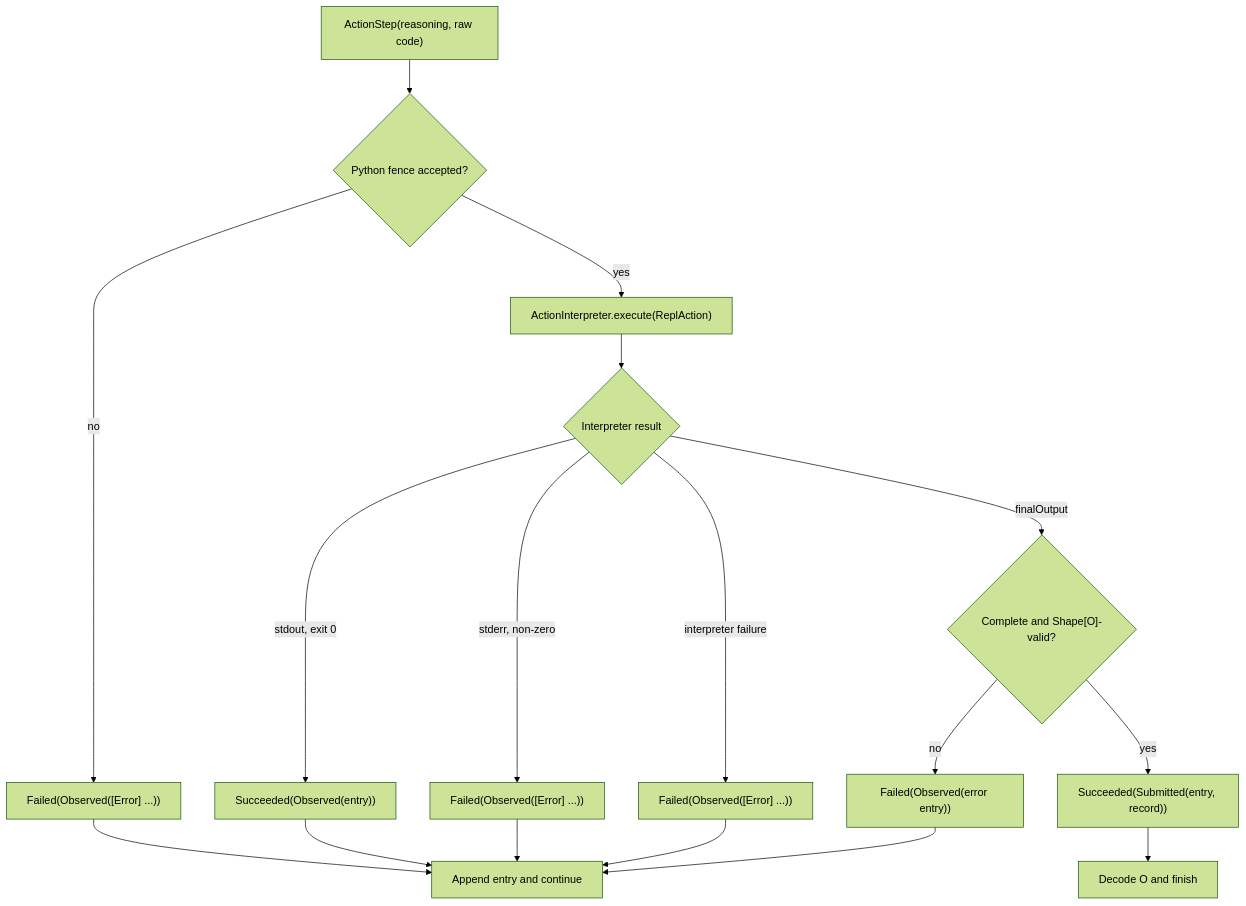
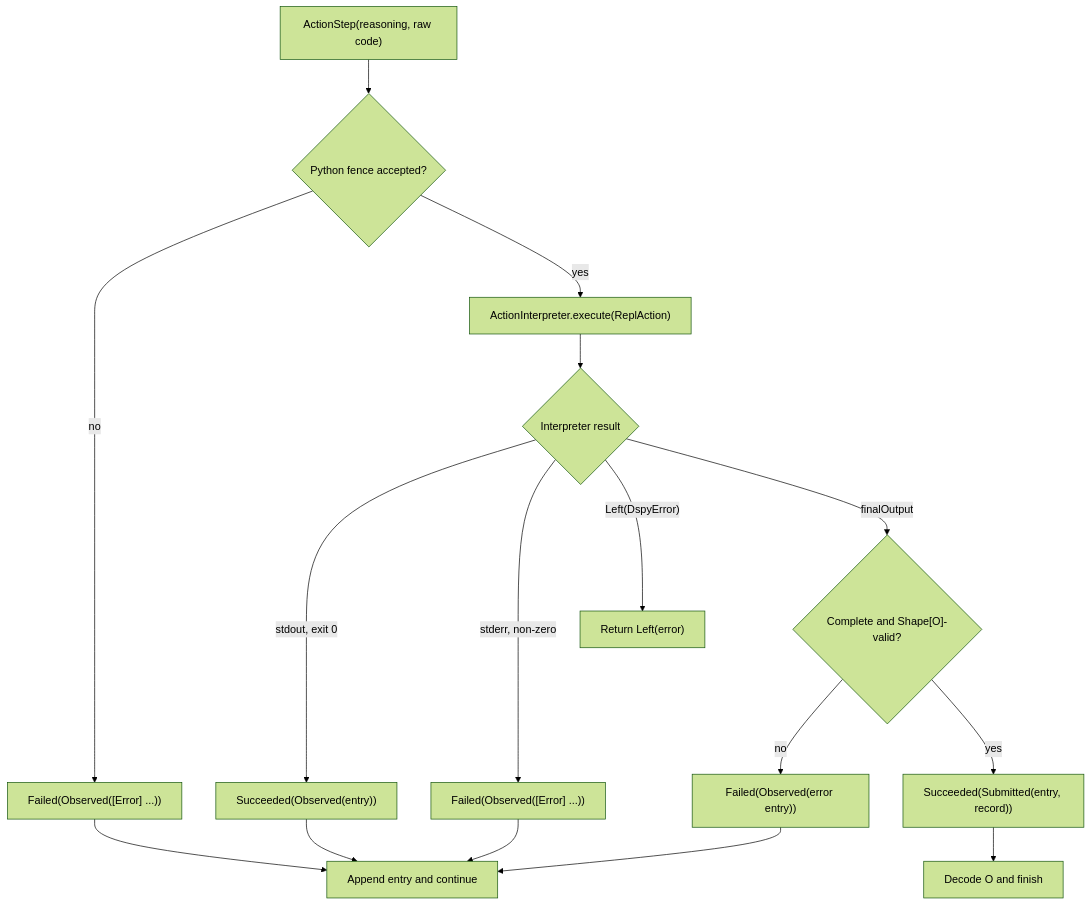
One commit to jpablo/dspy4s changed the third of 6 diagrams in modules/programs/src/main/scala/dspy4s/programs/strategies/RLM.md. Above: the diagram before and after it, drawn with Mermaid (forest theme). The commit also changed other lines of this file and 429 other files, not shown here.

````diff
--- a/modules/programs/src/main/scala/dspy4s/programs/strategies/RLM.md
+++ b/modules/programs/src/main/scala/dspy4s/programs/strategies/RLM.md
@@ -221,21 +226,20 @@
 ```mermaid
 flowchart TD
     action["ActionStep(reasoning, raw code)"] --> fence{"Python fence accepted?"}
     fence -->|"no"| fenceError["Failed(Observed([Error] ...))"]
     fence -->|"yes"| run["ActionInterpreter.execute(ReplAction)"]
 
     run --> result{"Interpreter result"}
     result -->|"stdout, exit 0"| observed["Succeeded(Observed(entry))"]
     result -->|"stderr, non-zero"| userError["Failed(Observed([Error] ...))"]
-    result -->|"interpreter failure"| interpreterError["Failed(Observed([Error] ...))"]
+    result -->|"Left(DspyError)"| interpreterError["Return Left(error)"]
     result -->|"finalOutput"| submit{"Complete and Shape[O]-valid?"}
     submit -->|"no"| submitError["Failed(Observed(error entry))"]
     submit -->|"yes"| submitted["Succeeded(Submitted(entry, record))"]
 
     fenceError --> continue["Append entry and continue"]
     observed --> continue
     userError --> continue
-    interpreterError --> continue
     submitError --> continue
     submitted --> done["Decode O and finish"]
 ```
````
